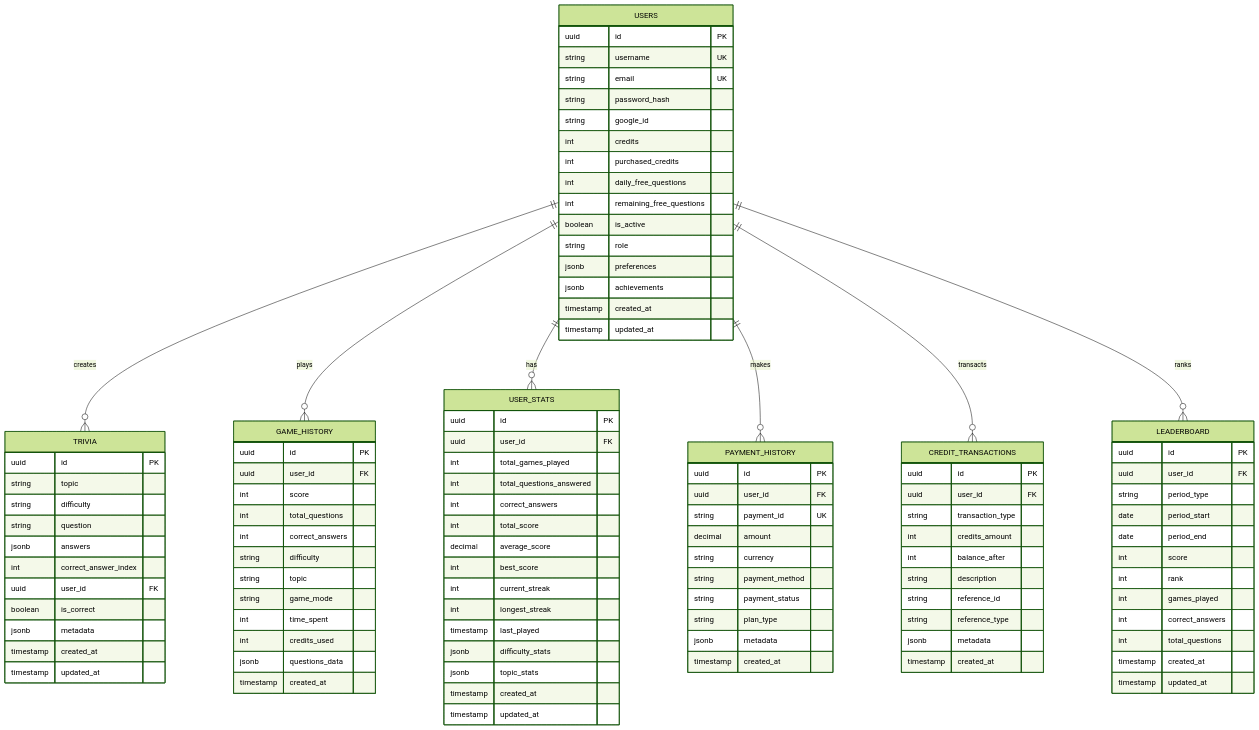
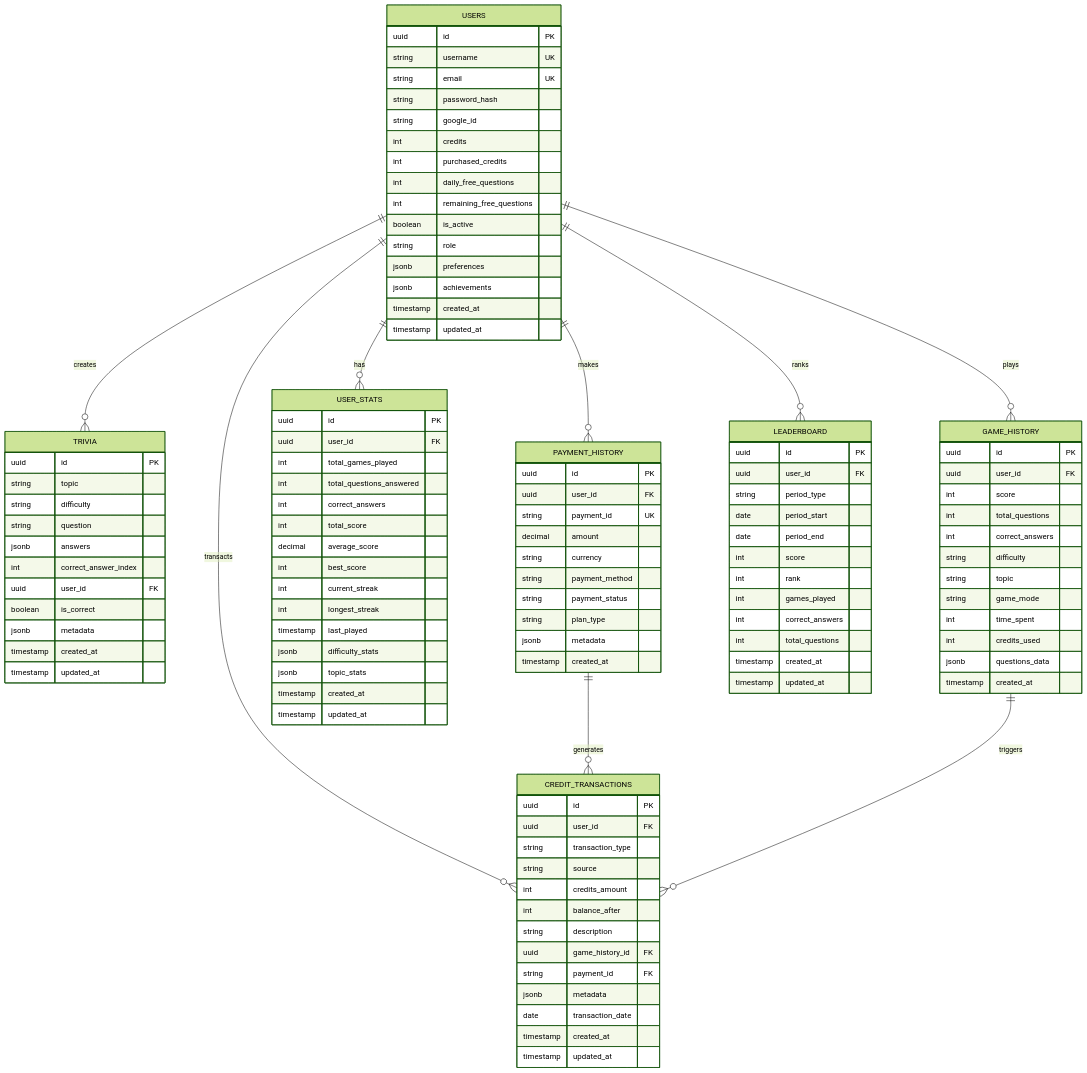
Before and after one commit to IsraelRub/EveryTriv: the eighth of 28 diagrams in docs/DIAGRAMS.md, drawn with Mermaid (forest theme). The commit also changed 1425 other files, not shown here.

```diff
--- a/docs/DIAGRAMS.md
+++ b/docs/DIAGRAMS.md
@@ -613,6 +613,8 @@
     USERS ||--o{ PAYMENT_HISTORY : "makes"
     USERS ||--o{ CREDIT_TRANSACTIONS : "transacts"
     USERS ||--o{ LEADERBOARD : "ranks"
+    PAYMENT_HISTORY ||--o{ CREDIT_TRANSACTIONS : "generates"
+    GAME_HISTORY ||--o{ CREDIT_TRANSACTIONS : "triggers"
 
     USERS {
         uuid id PK
@@ -696,13 +698,16 @@
         uuid id PK
         uuid user_id FK
         string transaction_type
+        string source
         int credits_amount
         int balance_after
         string description
-        string reference_id
-        string reference_type
+        uuid game_history_id FK
+        string payment_id FK
         jsonb metadata
+        date transaction_date
         timestamp created_at
+        timestamp updated_at
     }
 
     LEADERBOARD {
```
